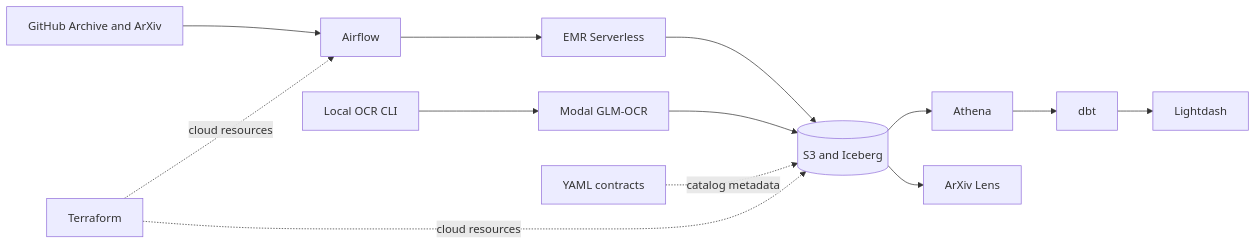
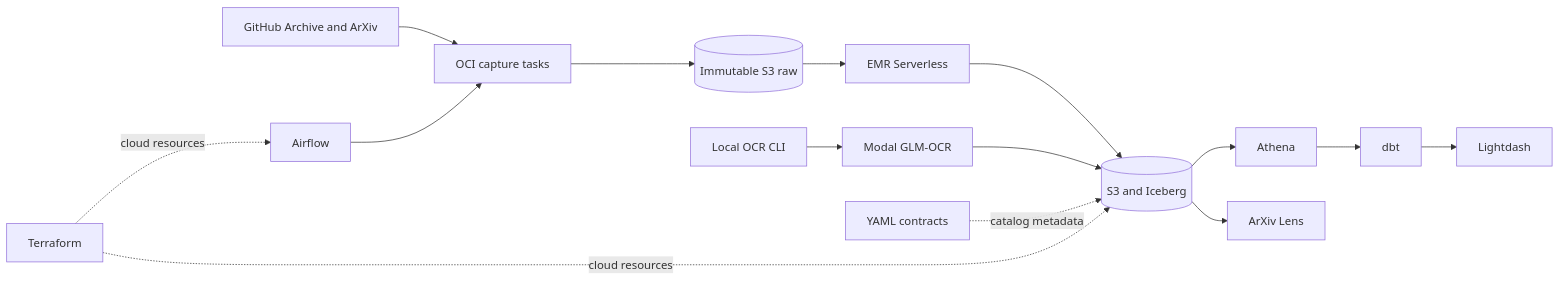
The diagram in docs/content/docs/index.mdx (ToGiaBaoKDL/mini-lakehouse), drawn with Mermaid before and after one commit. The commit also changed 61 other files, not shown here.

Commit message:
refactor: move source capture out of EMR

````diff
--- a/docs/content/docs/index.mdx
+++ b/docs/content/docs/index.mdx
@@ -31,15 +31,17 @@
 ```mermaid
 flowchart LR
-  sources[GitHub Archive and ArXiv] --> airflow[Airflow]
-  airflow --> emr[EMR Serverless]
+  sources[GitHub Archive and ArXiv] --> ingest[OCI capture tasks]
+  airflow[Airflow] --> ingest
+  ingest --> raw[(Immutable S3 raw)]
+  raw --> emr[EMR Serverless]
   emr --> lake[(S3 and Iceberg)]
   lake --> athena[Athena]
   athena --> dbt[dbt]
   dbt --> lightdash[Lightdash]
   lake --> lens[ArXiv Lens]
   local[Local OCR CLI] --> modal[Modal GLM-OCR]
   modal --> lake
   contracts[YAML contracts] -. catalog metadata .-> lake
   terraform[Terraform] -. cloud resources .-> airflow
   terraform -. cloud resources .-> lake
 ```
````
